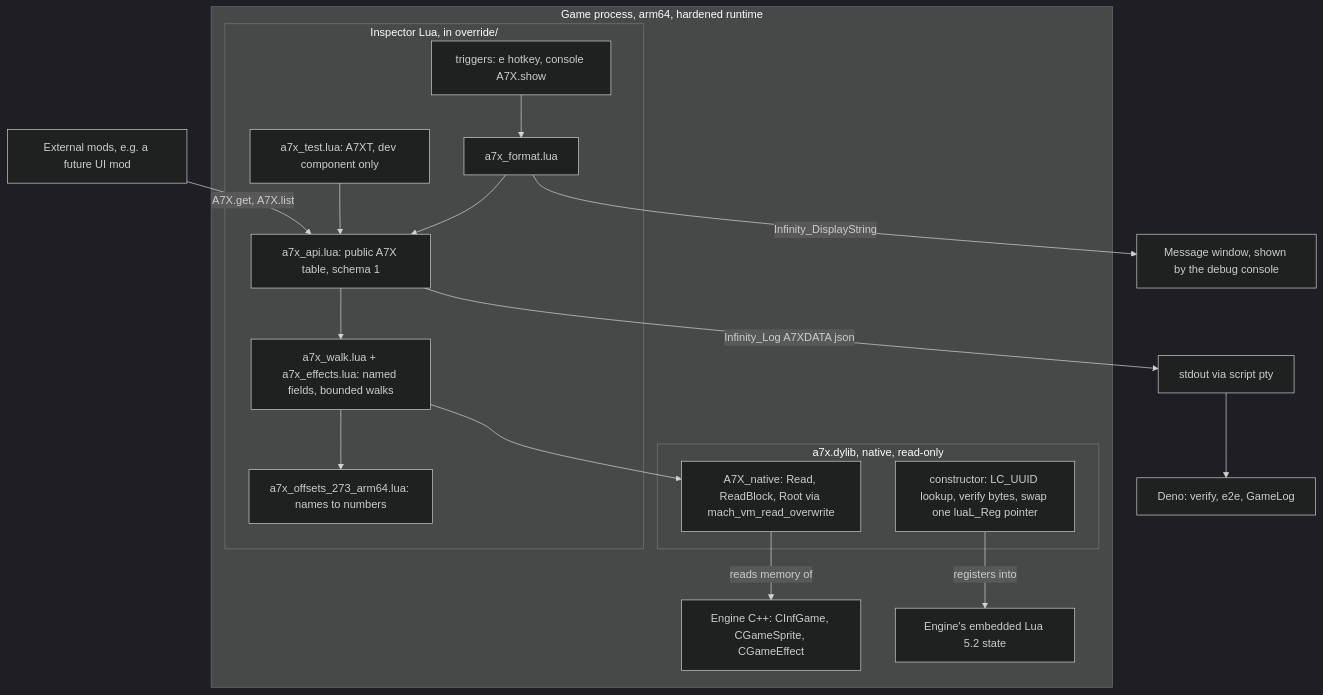
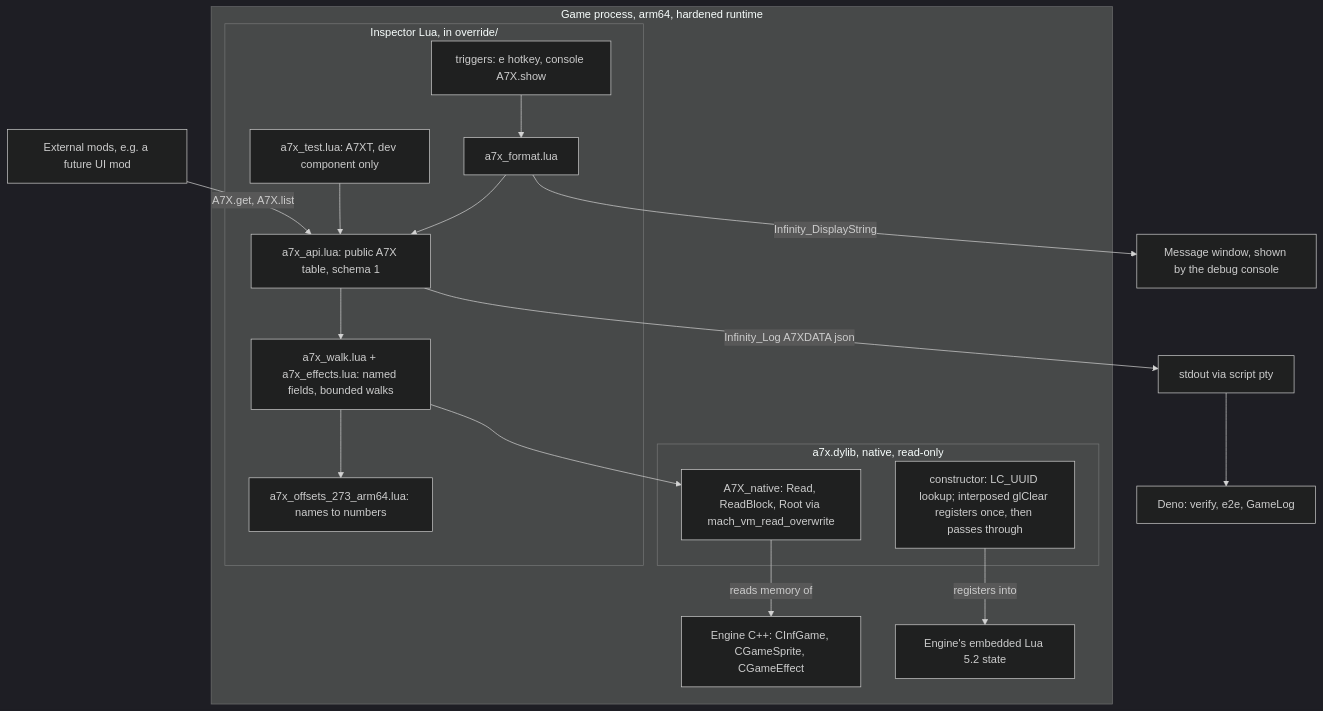
The third of 6 diagrams in docs/architecture.md (kabootit/BG2EE-Inspector), drawn with Mermaid (dark theme) before and after one commit. The commit also changed other lines of this file and 5 other files, not shown here.

First line of the commit message:
Decide to reach the game's Lua by interposing glClear

````diff
--- a/docs/architecture.md
+++ b/docs/architecture.md
@@ -85,31 +85,31 @@
 ```mermaid
 flowchart TD
   subgraph PROC["Game process, arm64, hardened runtime"]
     ENG["Engine C++: CInfGame, CGameSprite, CGameEffect"]
     LUAVM["Engine's embedded Lua 5.2 state"]
     subgraph NAT["a7x.dylib, native, read-only"]
-      CT["constructor: LC_UUID lookup, verify bytes, swap one luaL_Reg pointer"]
+      CT["constructor: LC_UUID lookup; interposed glClear registers once, then passes through"]
       RD["A7X_native: Read, ReadBlock, Root via mach_vm_read_overwrite"]
     end
     subgraph LUA["Inspector Lua, in override/"]
       WK["a7x_walk.lua + a7x_effects.lua: named fields, bounded walks"]
       OF["a7x_offsets_273_arm64.lua: names to numbers"]
       API["a7x_api.lua: public A7X table, schema 1"]
       FM["a7x_format.lua"]
       TR["triggers: e hotkey, console A7X.show"]
       TS["a7x_test.lua: A7XT, dev component only"]
     end
   end
   RD -- "reads memory of" --> ENG
   CT -- "registers into" --> LUAVM
   WK --> RD
   WK --> OF
   API --> WK
   FM --> API
   TR --> FM
   TS --> API
   EXT["External mods, e.g. a future UI mod"] -- "A7X.get, A7X.list" --> API
   FM -- "Infinity_DisplayString" --> MSG["Message window, shown by the debug console"]
   API -- "Infinity_Log A7XDATA json" --> OUT["stdout via script pty"]
   OUT --> DENO["Deno: verify, e2e, GameLog"]
 ```
````
